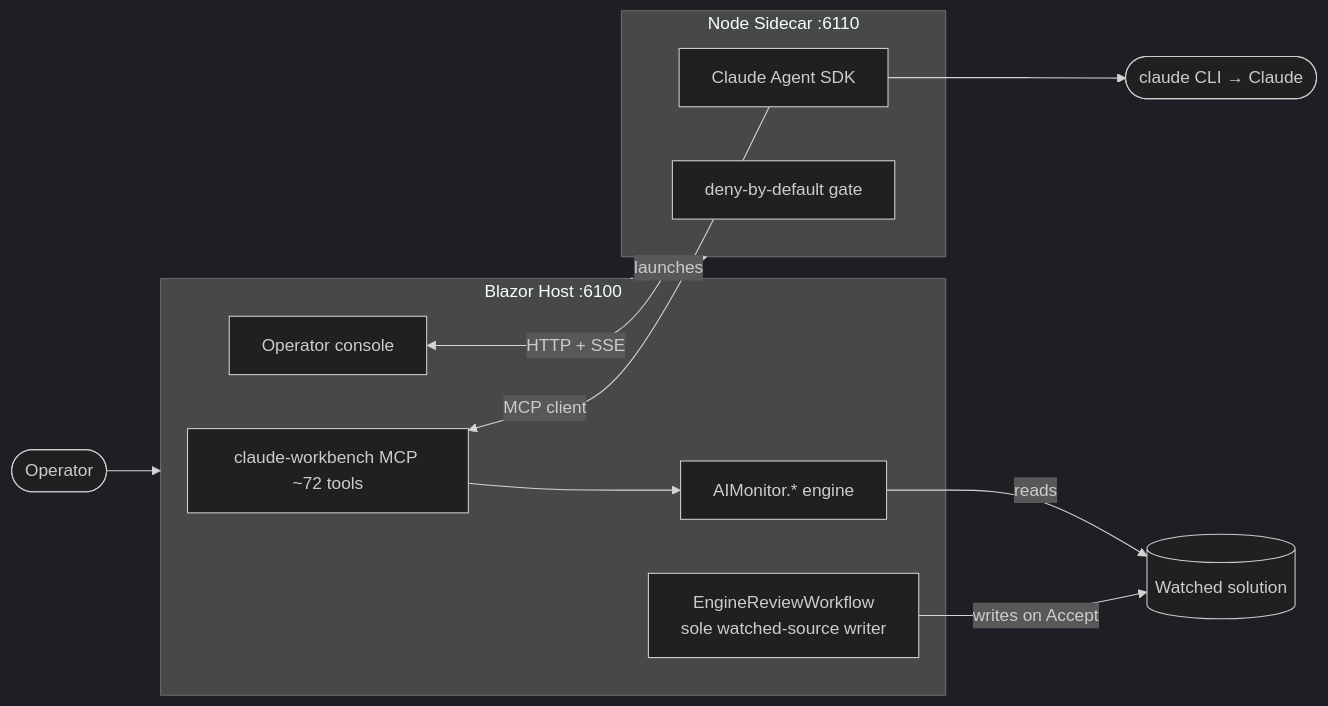
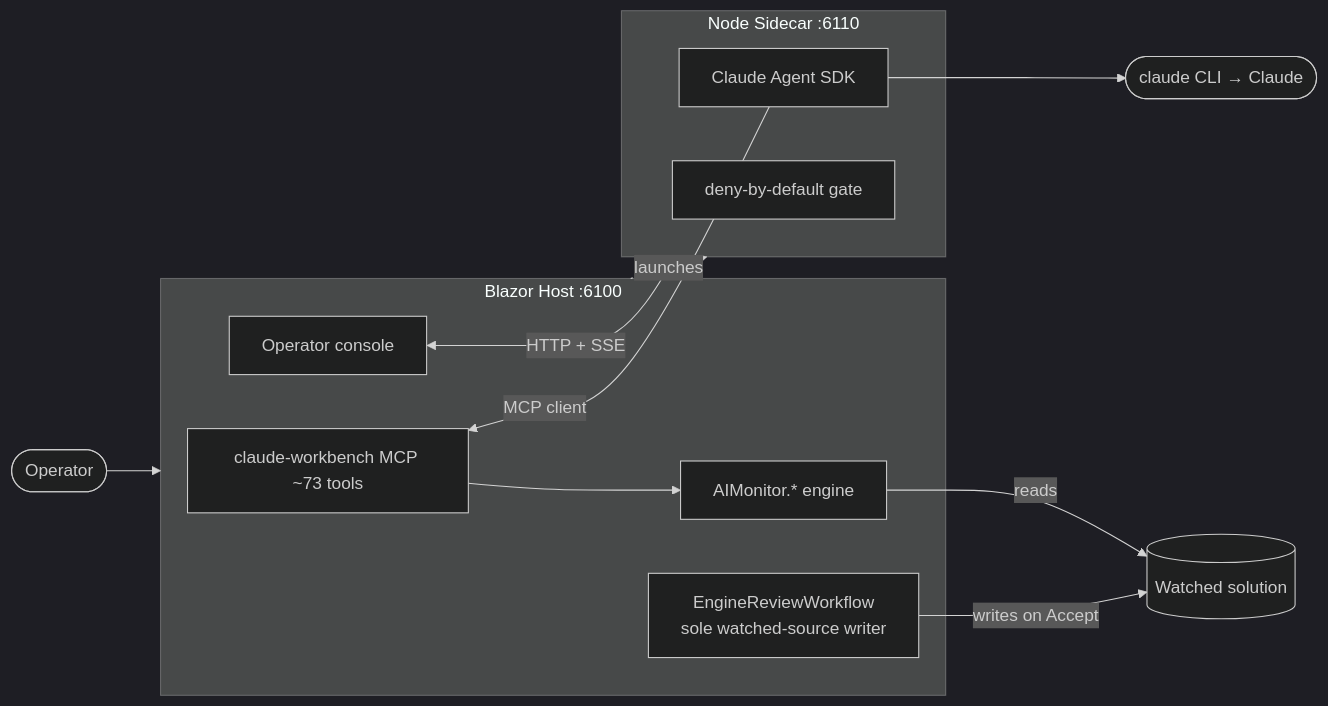
One commit to rdavi10471a2/ClaudeWorkbench changed the diagram in docs/README.md. Above: the diagram before and after it, drawn with Mermaid (dark theme). The commit also changed 13 other files, not shown here.

````diff
--- a/docs/README.md
+++ b/docs/README.md
@@ -17,21 +17,21 @@
 ```mermaid
 flowchart LR
     Op([Operator]) --> Host
     subgraph Host["Blazor Host :6100"]
         UI[Operator console]
-        MCP[claude-workbench MCP ~72 tools]
+        MCP[claude-workbench MCP ~73 tools]
         Engine[AIMonitor.* engine]
         Rev[EngineReviewWorkflow<br/>sole watched-source writer]
     end
     subgraph Side["Node Sidecar :6110"]
         SDK[Claude Agent SDK]
         Gate[deny-by-default gate]
     end
     UI <-->|HTTP + SSE| Side
     SDK -->|MCP client| MCP
     SDK --> Claude([claude CLI → Claude])
     MCP --> Engine
     Engine -->|reads| Src[(Watched solution)]
     Rev -->|writes on Accept| Src
     Host -.->|launches| Side
 ```
````
